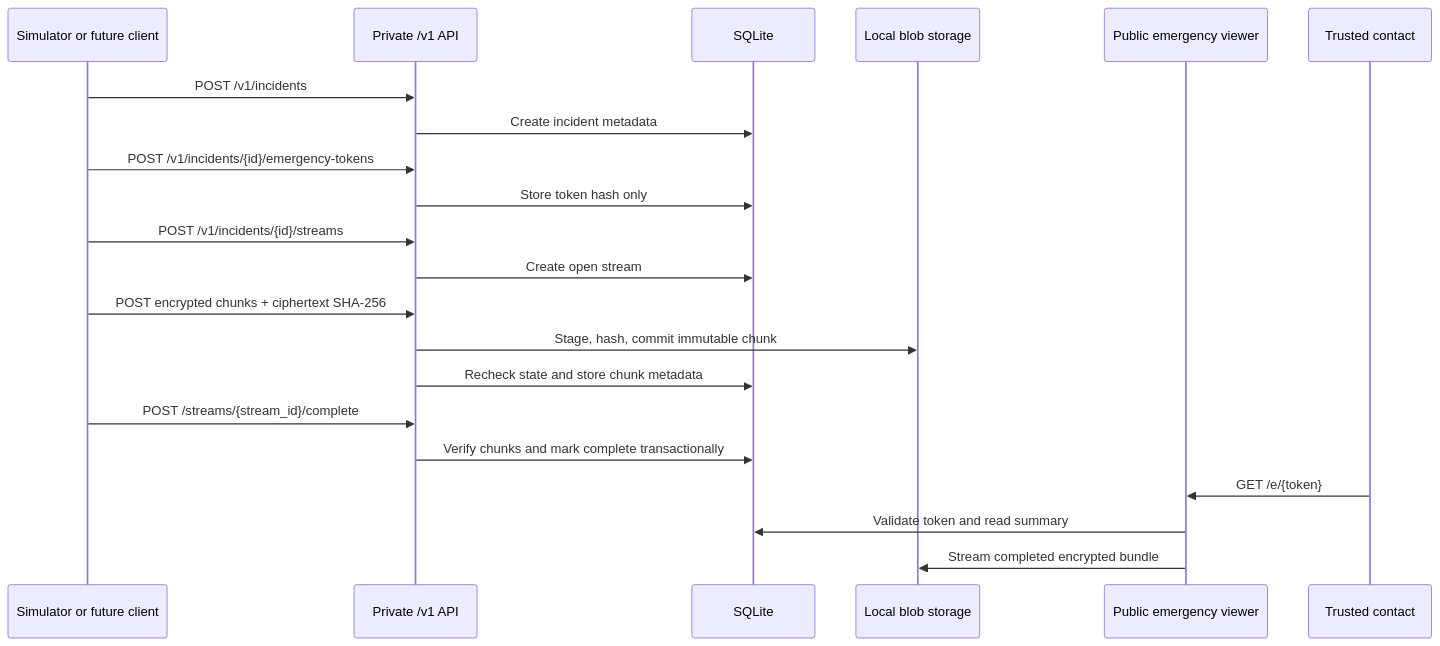
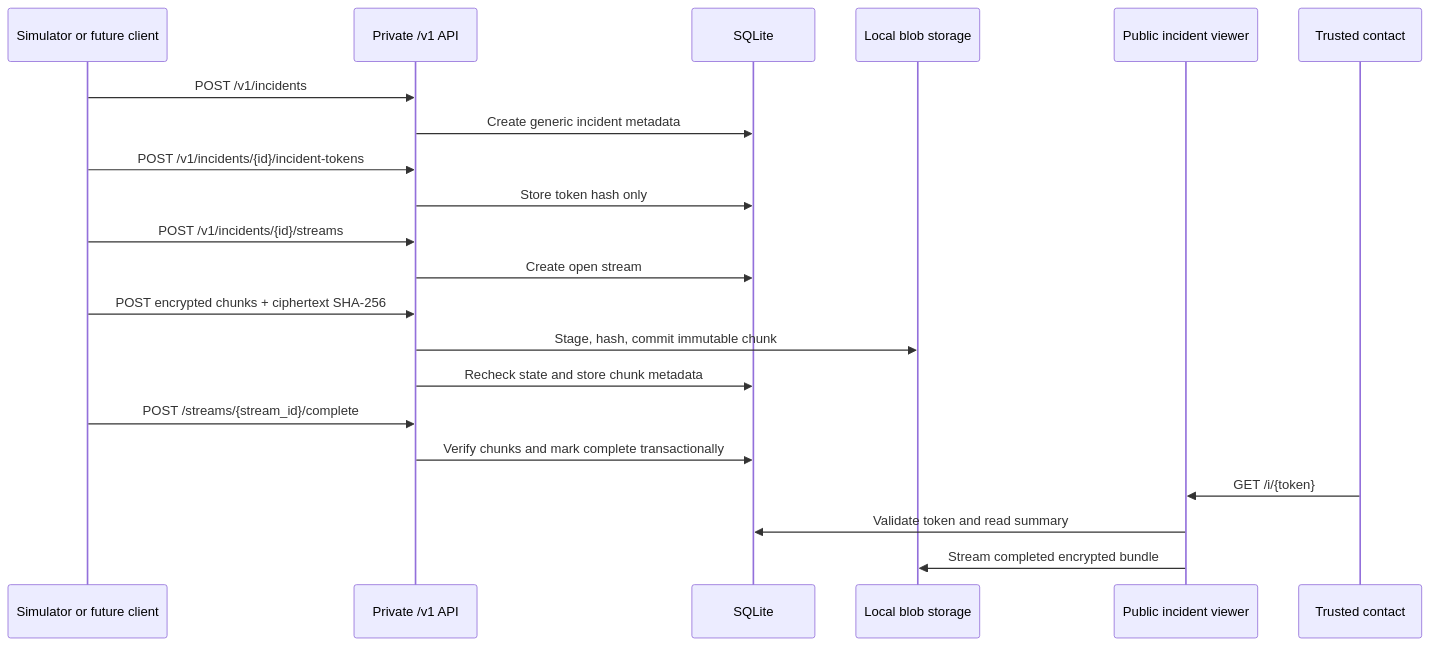
Before and after one commit to open-proofline/server: the third of 4 diagrams in docs/architecture.md, drawn with Mermaid. The commit also changed other lines of this file and 100 other files, not shown here.

````diff
--- a/docs/architecture.md
+++ b/docs/architecture.md
@@ -45,24 +89,24 @@
 ```mermaid
 sequenceDiagram
     participant Client as Simulator or future client
     participant Private as Private /v1 API
     participant DB as SQLite
     participant Blob as Local blob storage
-    participant Public as Public emergency viewer
+    participant Public as Public incident viewer
     participant Contact as Trusted contact
 
     Client->>Private: POST /v1/incidents
-    Private->>DB: Create incident metadata
-    Client->>Private: POST /v1/incidents/{id}/emergency-tokens
+    Private->>DB: Create generic incident metadata
+    Client->>Private: POST /v1/incidents/{id}/incident-tokens
     Private->>DB: Store token hash only
     Client->>Private: POST /v1/incidents/{id}/streams
     Private->>DB: Create open stream
     Client->>Private: POST encrypted chunks + ciphertext SHA-256
     Private->>Blob: Stage, hash, commit immutable chunk
     Private->>DB: Recheck state and store chunk metadata
     Client->>Private: POST /streams/{stream_id}/complete
     Private->>DB: Verify chunks and mark complete transactionally
-    Contact->>Public: GET /e/{token}
+    Contact->>Public: GET /i/{token}
     Public->>DB: Validate token and read summary
     Public->>Blob: Stream completed encrypted bundle
 ```
````
